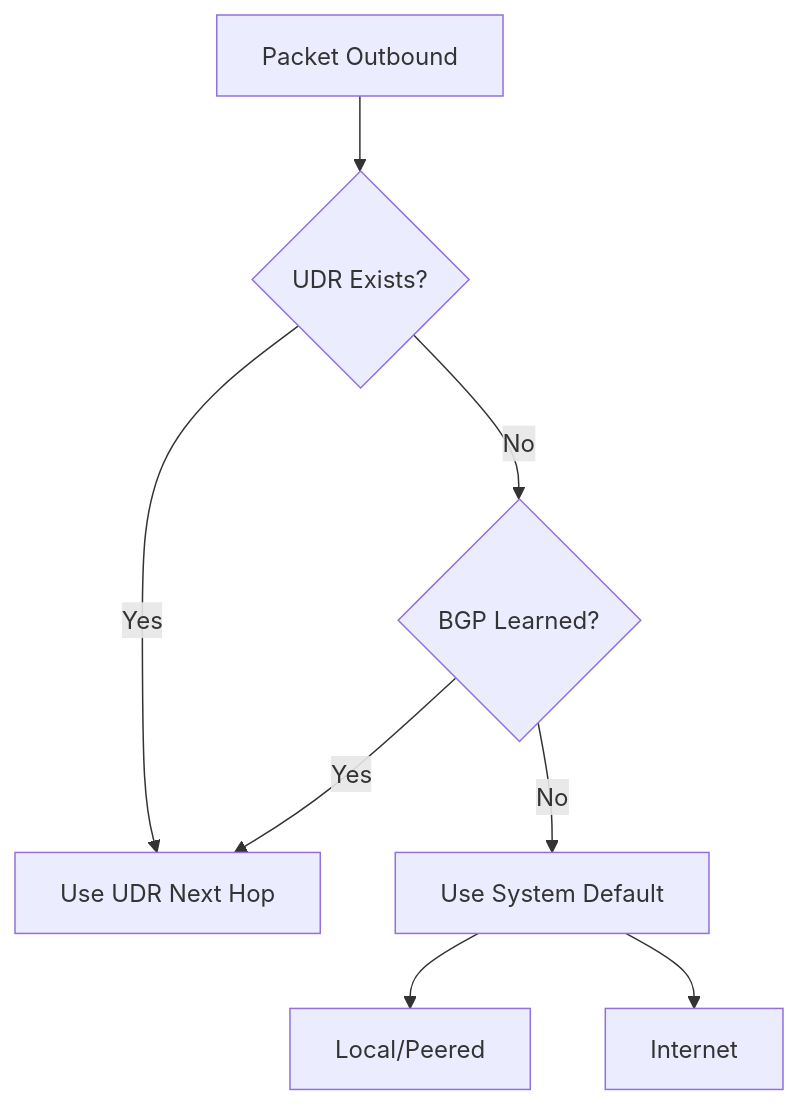
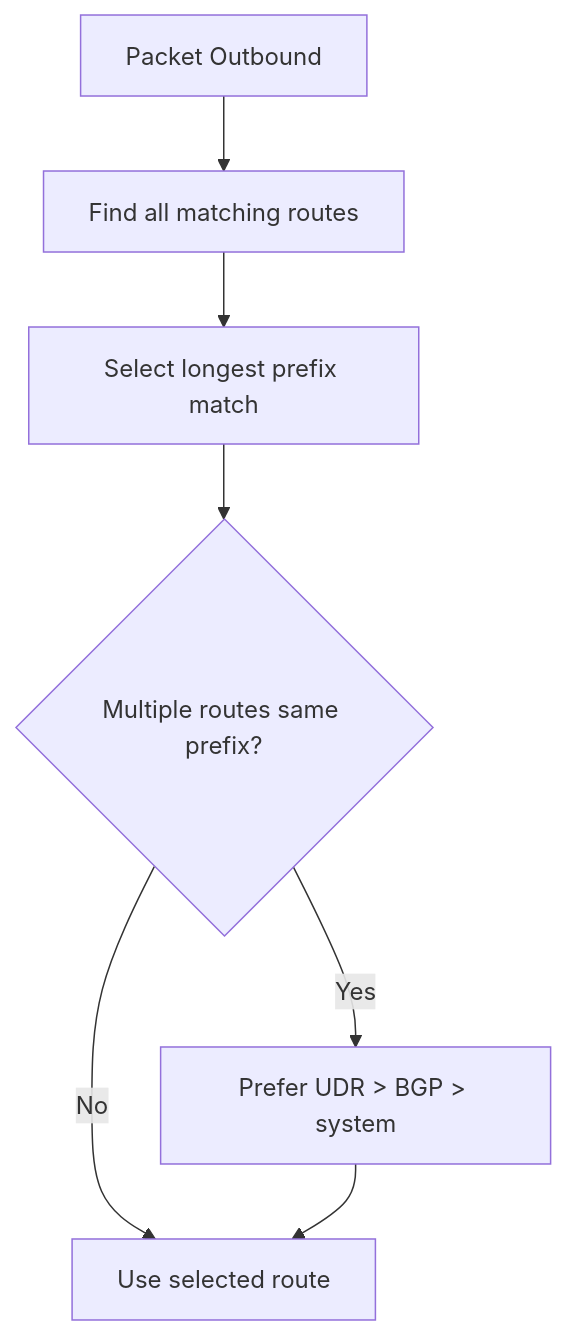
The diagram in docs/reference/routing-cheatsheet.md (yeongseon/azure-networking-practical-guide), drawn with Mermaid before and after one commit. The commit also changed other lines of this file and 4 other files, not shown here.

````diff
--- a/docs/reference/routing-cheatsheet.md
+++ b/docs/reference/routing-cheatsheet.md
@@ -20,10 +20,9 @@
 ```mermaid
 graph TD
-    Packet[Packet Outbound] --> Eval{UDR Exists?}
-    Eval -- Yes --> Hop[Use UDR Next Hop]
-    Eval -- No --> BGP{BGP Learned?}
-    BGP -- Yes --> Hop
-    BGP -- No --> System[Use System Default]
-    System --> VNet[Local/Peered]
-    System --> Int[Internet]
+    Packet[Packet Outbound] --> Match[Find all matching routes]
+    Match --> LPM[Select longest prefix match]
+    LPM --> Equal{Multiple routes same prefix?}
+    Equal -- No --> Use[Use selected route]
+    Equal -- Yes --> Priority[Prefer UDR > BGP > system]
+    Priority --> Use
 ```
````
